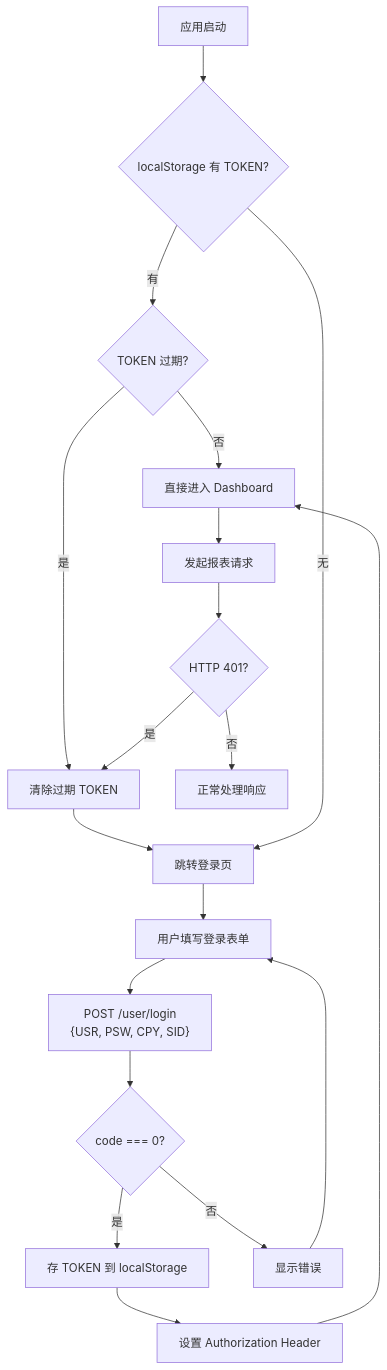
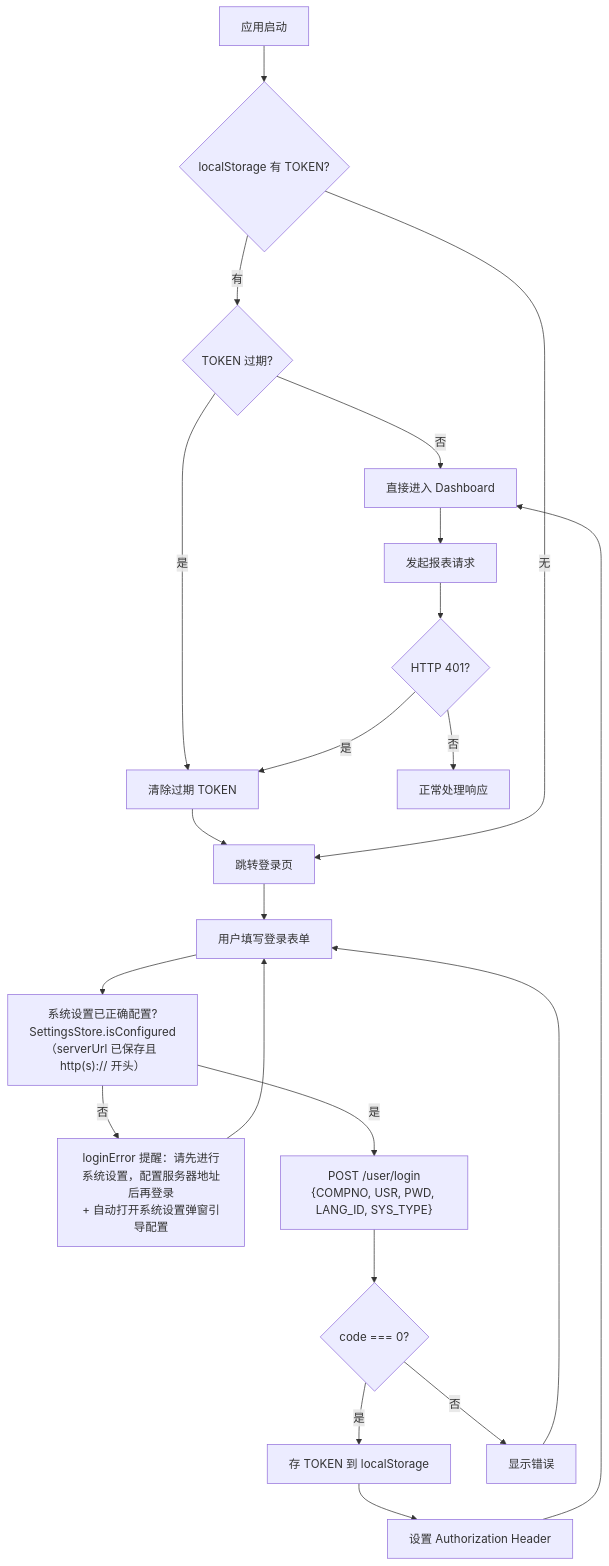
One commit to ksmingkimo/AsCoding changed the fourth of 23 diagrams in 流程图.md. Above: the diagram before and after it, drawn with Mermaid. The commit also changed other lines of this file and 19 other files, not shown here.

````diff
--- a/流程图.md
+++ b/流程图.md
@@ -135,23 +135,26 @@
 ```mermaid
 flowchart TD
     A[应用启动] --> B{localStorage 有 TOKEN?}
     B -->|有| C{TOKEN 过期?}
     C -->|否| D[直接进入 Dashboard]
     C -->|是| E[清除过期 TOKEN]
     E --> F[跳转登录页]
     B -->|无| F
 
     F --> G[用户填写登录表单]
-    G --> H["POST /user/login<br/>{USR, PSW, CPY, SID}"]
+    G --> G2["系统设置已正确配置?<br/>SettingsStore.isConfigured<br/>（serverUrl 已保存且 http(s):// 开头）"]
+    G2 -->|否| G3["loginError 提醒：请先进行系统设置，配置服务器地址后再登录<br/>+ 自动打开系统设置弹窗引导配置"]
+    G3 --> G
+    G2 -->|是| H["POST /user/login<br/>{COMPNO, USR, PWD, LANG_ID, SYS_TYPE}"]
     H --> I{code === 0?}
     I -->|是| J["存 TOKEN 到 localStorage"]
     J --> K[设置 Authorization Header]
     K --> D
     I -->|否| L[显示错误]
     L --> G
 
     D --> M[发起报表请求]
     M --> N{HTTP 401?}
     N -->|是| E
     N -->|否| O[正常处理响应]
 ```
````
